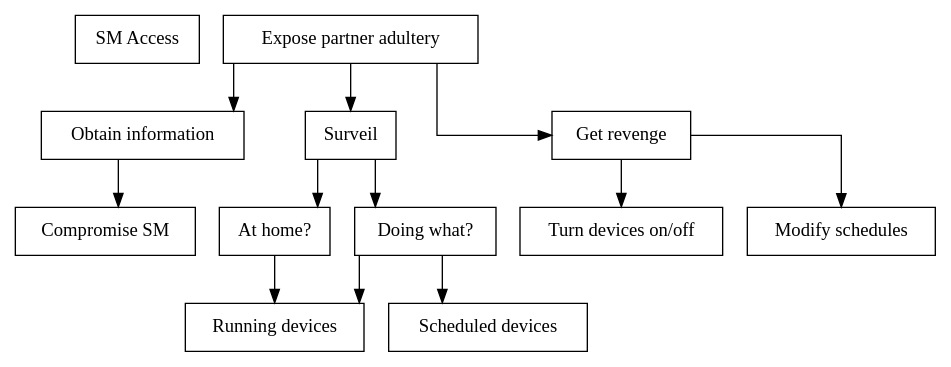
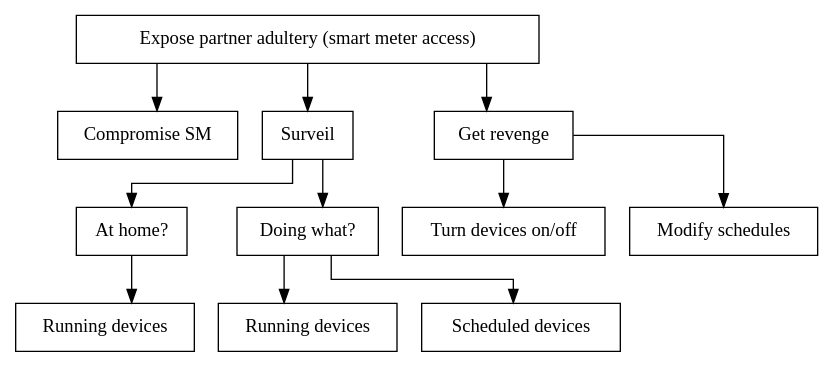
One commit to des904e15/report changed the diagram in figures/graphviz/partner_vs_consumer_sm.dot. Above: the diagram before and after it, drawn with Graphviz. The commit also changed 15 other files, not shown here.

```diff
--- a/figures/graphviz/partner_vs_consumer_sm.dot
+++ b/figures/graphviz/partner_vs_consumer_sm.dot
@@ -1,39 +1,36 @@
 digraph finite_state_machine {
   node [shape = rectangle];
   graph [splines=ortho];
 
-  attack[label="SM Access"];
-  sm_access[label = "Expose partner adultery",shape=AND];
+  sm_access[label = "Expose partner adultery (smart meter access)",shape=AND];
 
-  obtain_info[label="Obtain information"];
-  sm_access->obtain_info;
-
+    sm_access -> compromise_sm;
     compromise_sm[label="Compromise SM"];
-    obtain_info->compromise_sm;
 
   surveil[label="Surveil",shape=OR];
   sm_access->surveil;
 
     at_home[label="At home?"];
     surveil->at_home
 
       running_devices[label="Running devices"];
       at_home->running_devices;
 
     doing_what[label="Doing what?",shape=OR];
     surveil->doing_what;
 
-      doing_what->running_devices;
+      running_devices2[label="Running devices"];
+      doing_what->running_devices2;
 
       scheduled_devices[label="Scheduled devices"];
       doing_what->scheduled_devices;
 
   revenge[label="Get revenge",shape=OR];
   sm_access->revenge;
 
     turn_onoff[label="Turn devices on/off"];
     revenge->turn_onoff;
 
     modify_schedules[label="Modify schedules"];
     revenge->modify_schedules;
 }
```
